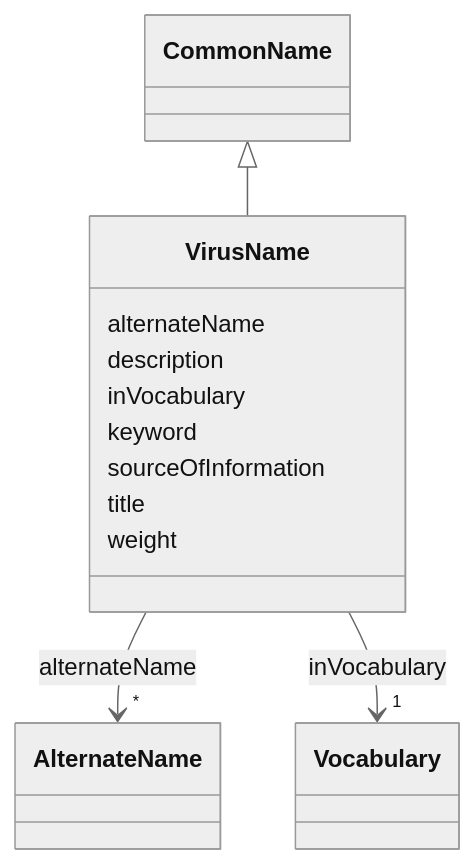
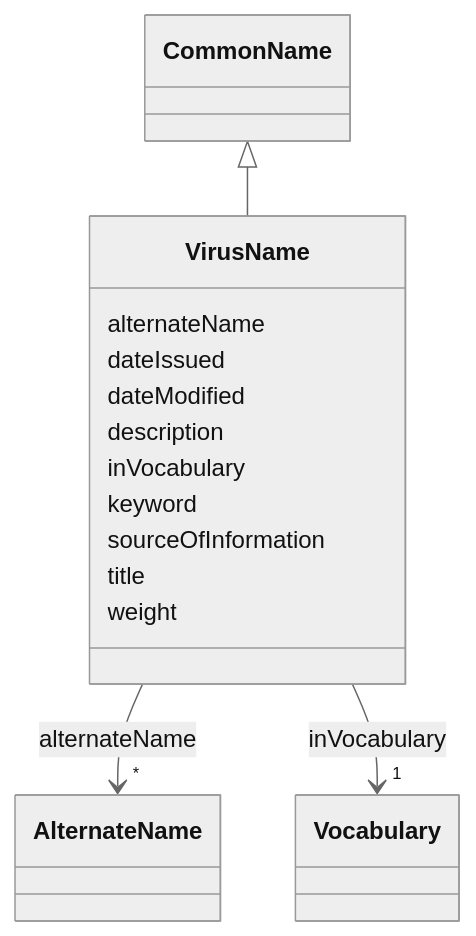
Before and after one commit to EVORA-project/evora-ontology: the diagram in models/docs/VirusName.md, drawn with Mermaid (neutral theme). The commit also changed other lines of this file and 377 other files, not shown here.

````diff
--- a/models/docs/VirusName.md
+++ b/models/docs/VirusName.md
@@ -19,37 +19,41 @@
 ```mermaid
  classDiagram
     class VirusName
     click VirusName href "../VirusName"
       CommonName <|-- VirusName
         click CommonName href "../CommonName"
       
       VirusName : alternateName
         
           
     
     
     VirusName --> "*" AlternateName : alternateName
     click AlternateName href "../AlternateName"
 
+        
+      VirusName : dateIssued
+        
+      VirusName : dateModified
         
       VirusName : description
         
       VirusName : inVocabulary
         
           
     
     
     VirusName --> "1" Vocabulary : inVocabulary
     click Vocabulary href "../Vocabulary"
 
         
       VirusName : keyword
         
       VirusName : sourceOfInformation
         
       VirusName : title
         
       VirusName : weight
         
       
 ```
````
